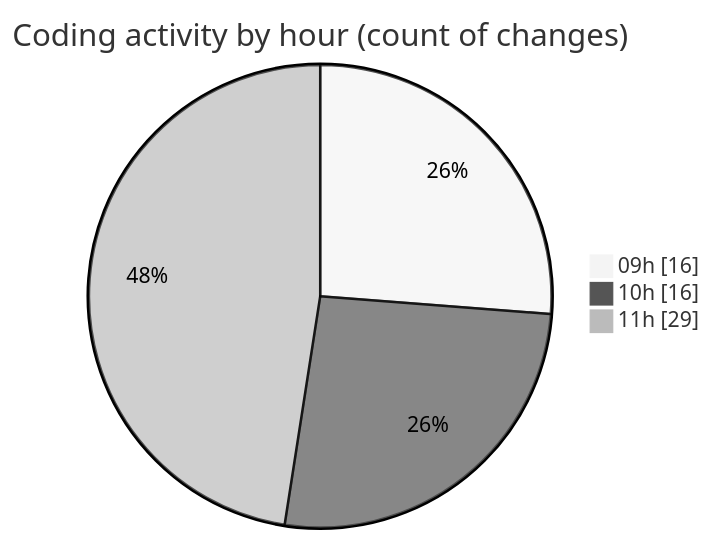
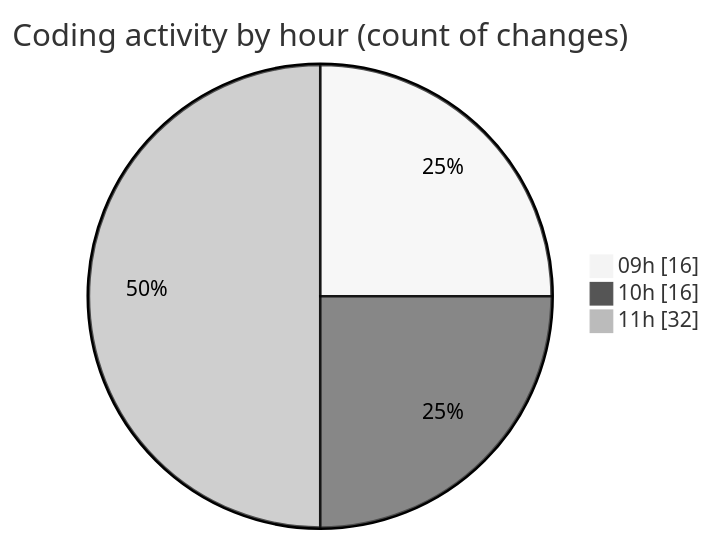
One commit to momahboobian/code-tracking changed the second of 2 diagrams in 2025-07-04/cda/README.md. Above: the diagram before and after it, drawn with Mermaid (neutral theme). The commit also changed other lines of this file and 1 other file, not shown here.

````diff
--- a/2025-07-04/cda/README.md
+++ b/2025-07-04/cda/README.md
@@ -44,7 +44,7 @@
 ```mermaid
 pie showData
 title Coding activity by hour (count of changes)
 "09h" : 16
 "10h" : 16
-"11h" : 29
+"11h" : 32
 ```
````
